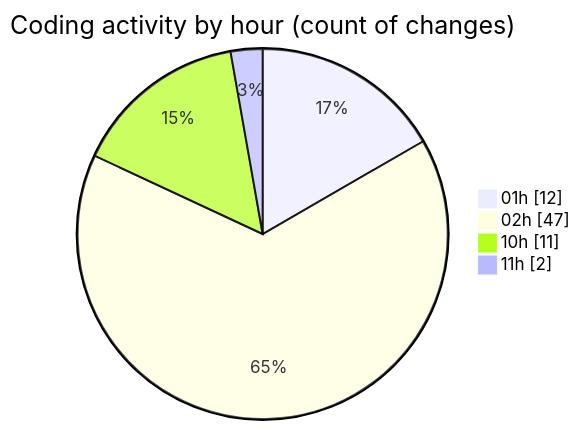
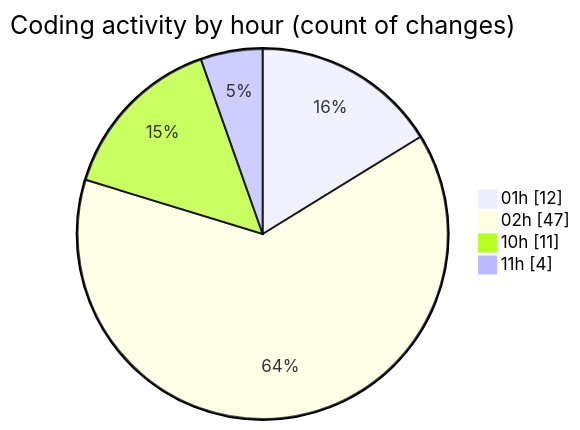
Before and after one commit to julien-gomy/code-tracking: the second of 2 diagrams in 2025-10-24/eventscop-frontend-guide__workspace_/README.md, drawn with Mermaid. The commit also changed other lines of this file and 1 other file, not shown here.

````diff
--- a/2025-10-24/eventscop-frontend-guide__workspace_/README.md
+++ b/2025-10-24/eventscop-frontend-guide__workspace_/README.md
@@ -46,8 +48,8 @@
 ```mermaid
 pie showData
 title Coding activity by hour (count of changes)
 "01h" : 12
 "02h" : 47
 "10h" : 11
-"11h" : 2
+"11h" : 4
 ```
````
